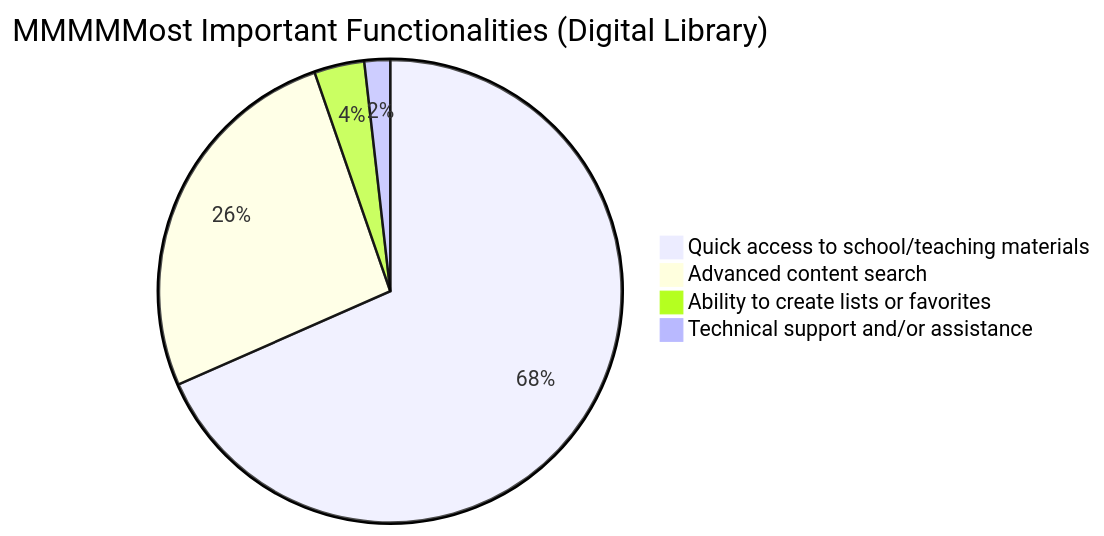
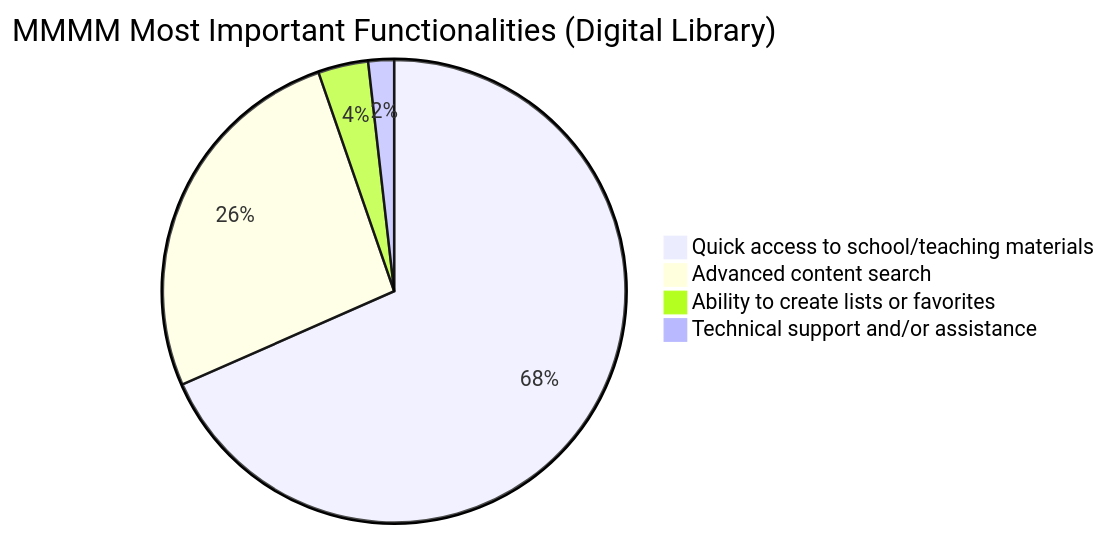
The third of 7 diagrams in surveys/analysis-report.md (5IA-Maserati/Bibliotech-Analysis), drawn with Mermaid before and after one commit. The commit also changed other lines of this file, not shown here.

Commit message:
Bugfix analysis-report.md

````diff
--- a/surveys/analysis-report.md
+++ b/surveys/analysis-report.md
@@ -101,7 +101,7 @@
 ``` mermaid
-pie title MMMMMost Important Functionalities (Digital Library)
+pie title MMMM   Most Important Functionalities (Digital Library)
     "Quick access to school/teaching materials" : 68.4
     "Advanced content search" : 26.3
     "Ability to create lists or favorites" : 3.5
     "Technical support and/or assistance" : 1.8
 ```
````
